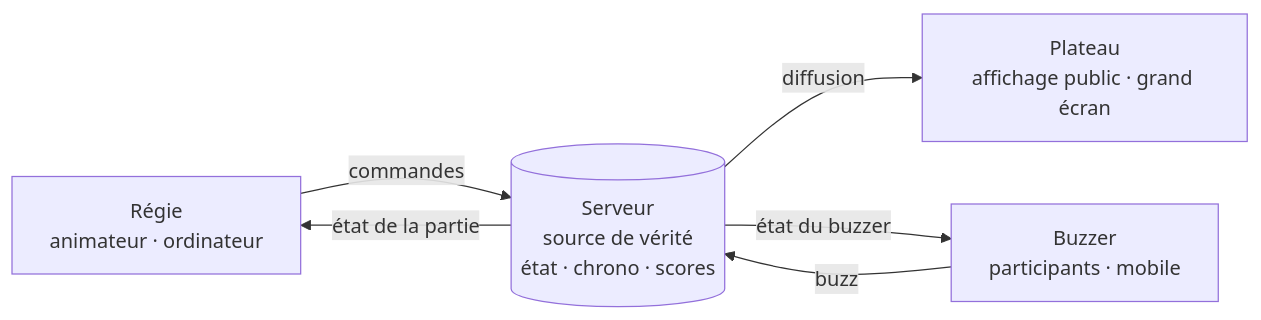
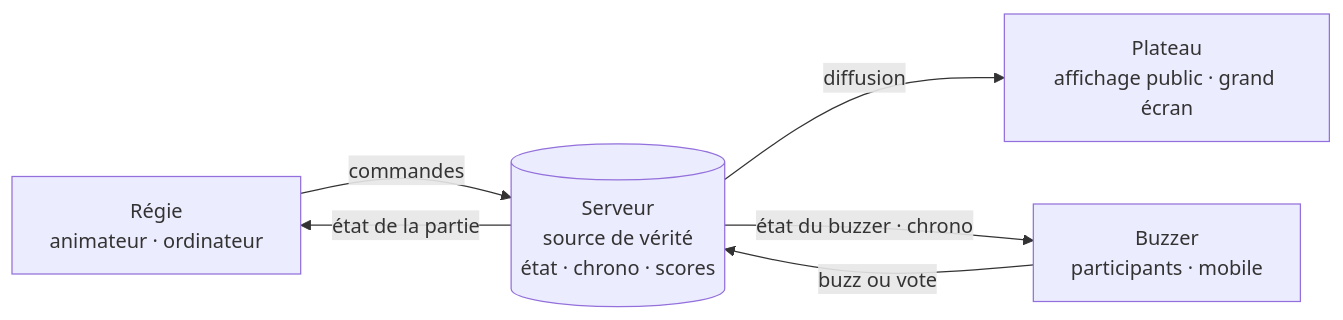
One commit to sydcodeur/defi-meninges changed the second of 2 diagrams in docs/1_VISION_PRODUIT.md. Above: the diagram before and after it, drawn with Mermaid. The commit also changed other lines of this file and 2 other files, not shown here.

````diff
--- a/docs/1_VISION_PRODUIT.md
+++ b/docs/1_VISION_PRODUIT.md
@@ -115,8 +150,8 @@
 ```mermaid
 flowchart LR
     R["Régie<br/>animateur · ordinateur"] -- commandes --> S[("Serveur<br/>source de vérité<br/>état · chrono · scores")]
     S -- état de la partie --> R
     S -- diffusion --> P["Plateau<br/>affichage public · grand écran"]
-    S -- état du buzzer --> B["Buzzer<br/>participants · mobile"]
-    B -- buzz --> S
+    S -- état du buzzer · chrono --> B["Buzzer<br/>participants · mobile"]
+    B -- buzz ou vote --> S
 ```
````
